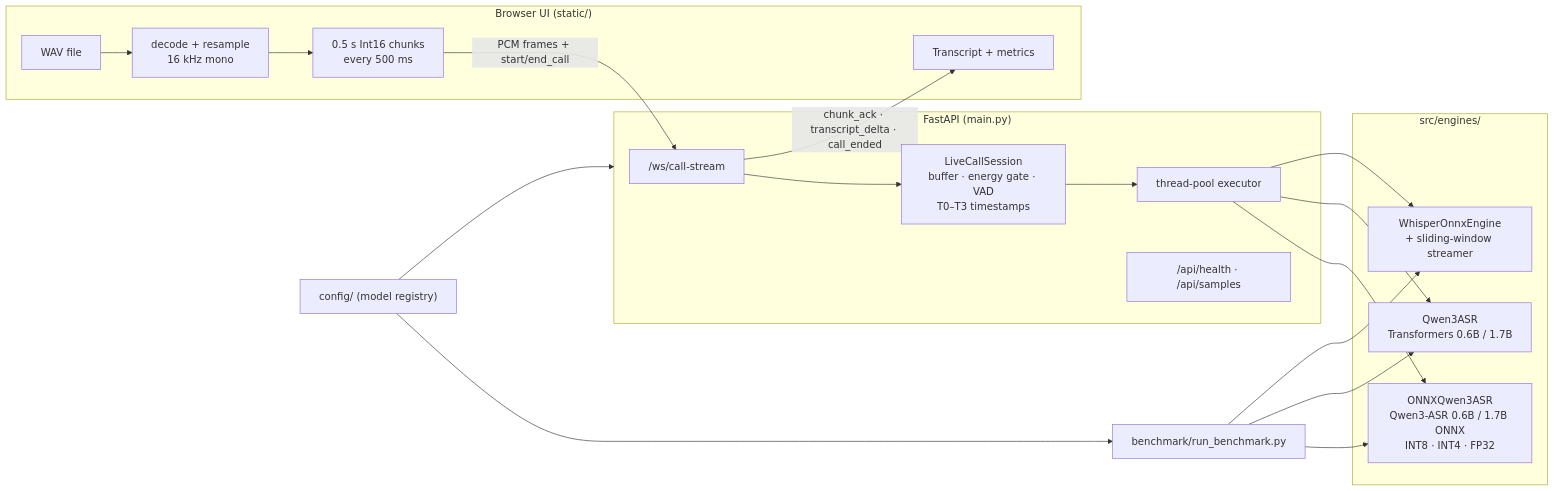
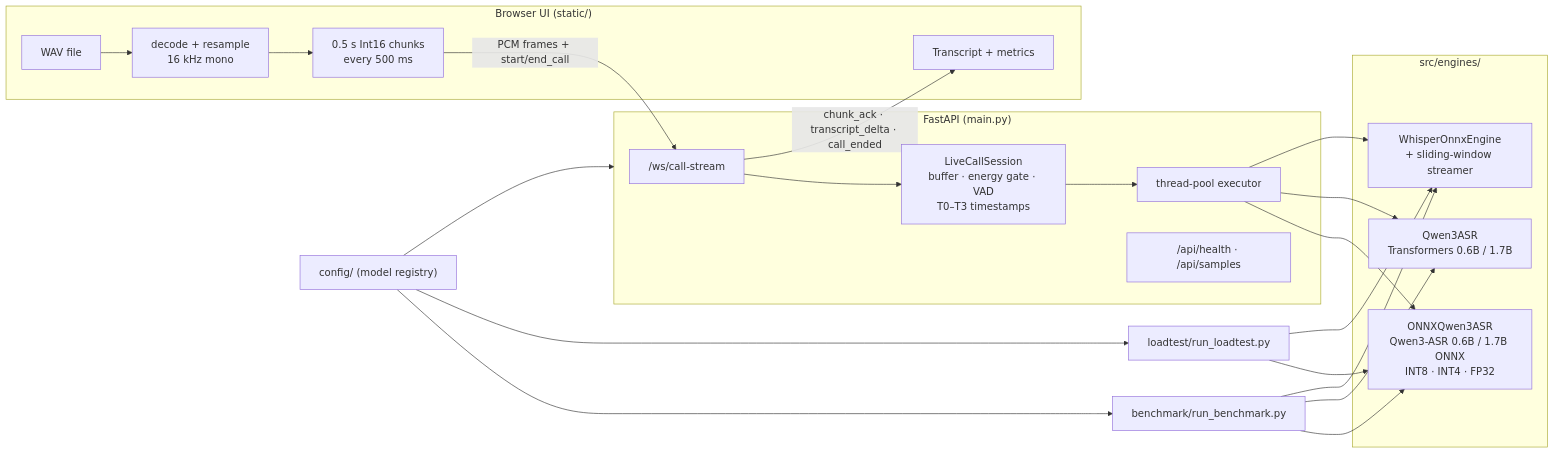
Before and after one commit to naseemap47/RT-MASR-CPU: the first of 2 diagrams in README.md, drawn with Mermaid. The commit also changed other lines of this file, not shown here.

Commit message:
update: loadtest -> README

````diff
--- a/README.md
+++ b/README.md
@@ -28,36 +28,40 @@
 ```mermaid
 flowchart LR
     subgraph Browser["Browser UI (static/)"]
         A["WAV file"] --> B["decode + resample<br/>16 kHz mono"]
         B --> C["0.5 s Int16 chunks<br/>every 500 ms"]
         T["Transcript + metrics"]
     end
 
     subgraph Server["FastAPI (main.py)"]
         W["/ws/call-stream"]
         S["LiveCallSession<br/>buffer · energy gate · VAD<br/>T0–T3 timestamps"]
         X["thread-pool executor"]
         H["/api/health · /api/samples"]
     end
 
     subgraph Engines["src/engines/"]
         E1["ONNXQwen3ASR<br/>Qwen3-ASR 0.6B / 1.7B ONNX<br/>INT8 · INT4 · FP32"]
         E2["Qwen3ASR<br/>Transformers 0.6B / 1.7B"]
         E3["WhisperOnnxEngine<br/>+ sliding-window streamer"]
     end
 
     BM["benchmark/run_benchmark.py"]
+    LT["loadtest/run_loadtest.py"]
     CFG["config/ (model registry)"]
 
     C -- "PCM frames + start/end_call" --> W
     W --> S --> X
     X --> E1
     X --> E2
     X --> E3
     W -- "chunk_ack · transcript_delta · call_ended" --> T
     CFG --> Server
     CFG --> BM
+    CFG --> LT
     BM --> E1
     BM --> E2
     BM --> E3
+    LT --> E1
+    LT --> E3
 ```
````
